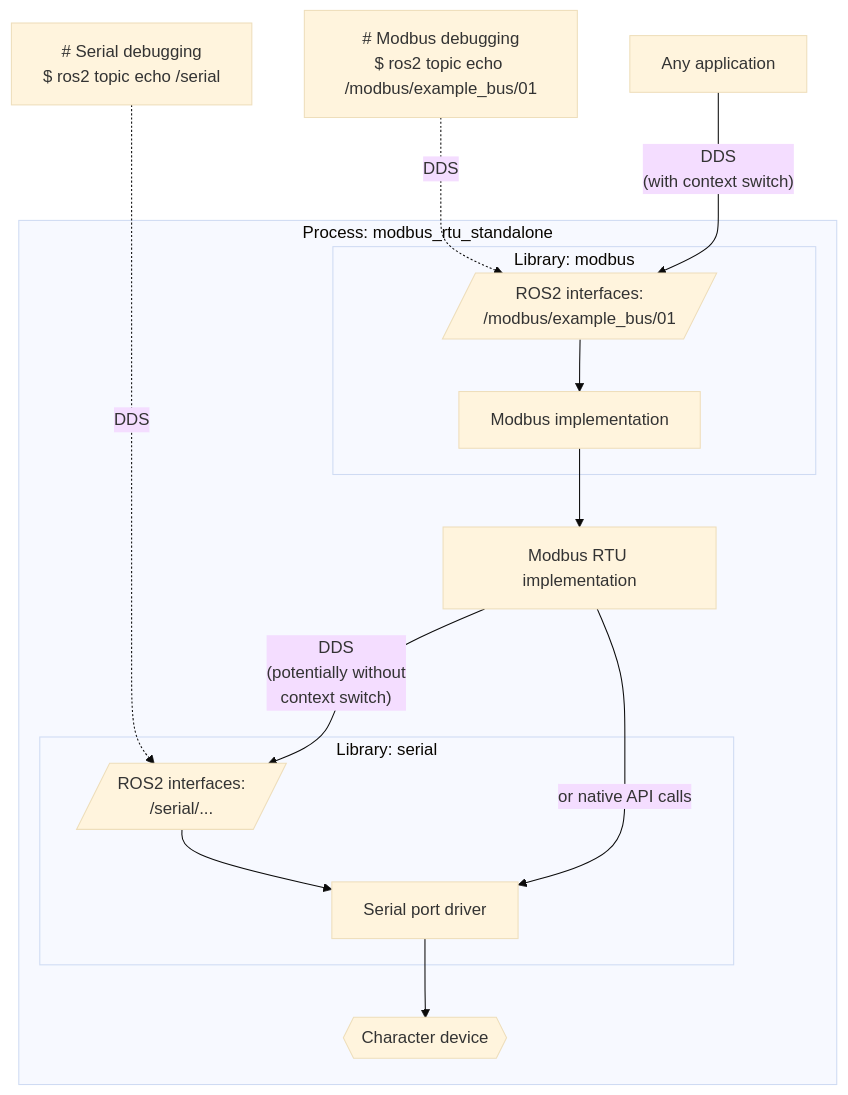
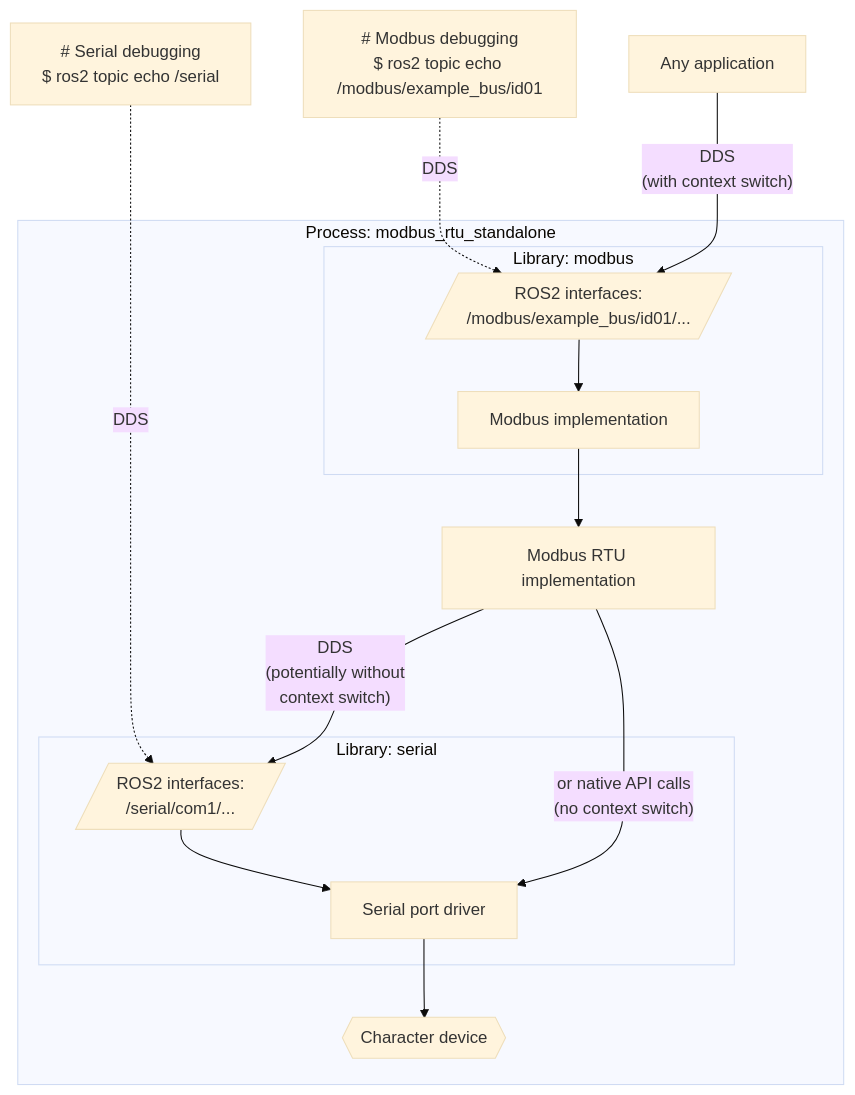
The first of 2 diagrams in README.md (openvmp/modbus_rtu), drawn with Mermaid (base theme) before and after one commit. The commit also changed other lines of this file and 15 other files, not shown here.

````diff
--- a/README.md
+++ b/README.md
@@ -22,18 +43,18 @@
 ```mermaid
 flowchart TB
-    cli["# Modbus debugging\n$ ros2 topic echo /modbus/example_bus/01"] -. "DDS" .-> topic_modbus
+    cli["# Modbus debugging\n$ ros2 topic echo /modbus/example_bus/id01"] -. "DDS" .-> topic_modbus
     app["Any application"] -- "DDS\n(with context switch)" --> topic_modbus
-    cli_serial["# Serial debugging\n$ ros2 topic echo /serial"] -. "DDS" ....-> topic_serial[/ROS2 interfaces:\n/serial/.../]
+    cli_serial["# Serial debugging\n$ ros2 topic echo /serial"] -. "DDS" ....-> topic_serial[/ROS2 interfaces:\n/serial/com1/.../]
     subgraph modbus_exe["Process: modbus_rtu_standalone"]
       subgraph modbus["Library: modbus"]
-        topic_modbus[/ROS2 interfaces:\n/modbus/example_bus/01/] --> driver_modbus["Modbus implementation"]
+        topic_modbus[/ROS2 interfaces:\n/modbus/example_bus/id01/.../] --> driver_modbus["Modbus implementation"]
       end
       subgraph serial["Library: serial"]
         topic_serial --> driver["Serial port driver"]
       end
       driver_modbus --> rtu["Modbus RTU implementation"]
       rtu -- "DDS\n(potentially without\ncontext switch)" --> topic_serial
-      rtu -- "or native API calls" --> driver
+      rtu -- "or native API calls\n(no context switch)" --> driver
       driver --> file{{"Character device"}}
     end
 ```
````
